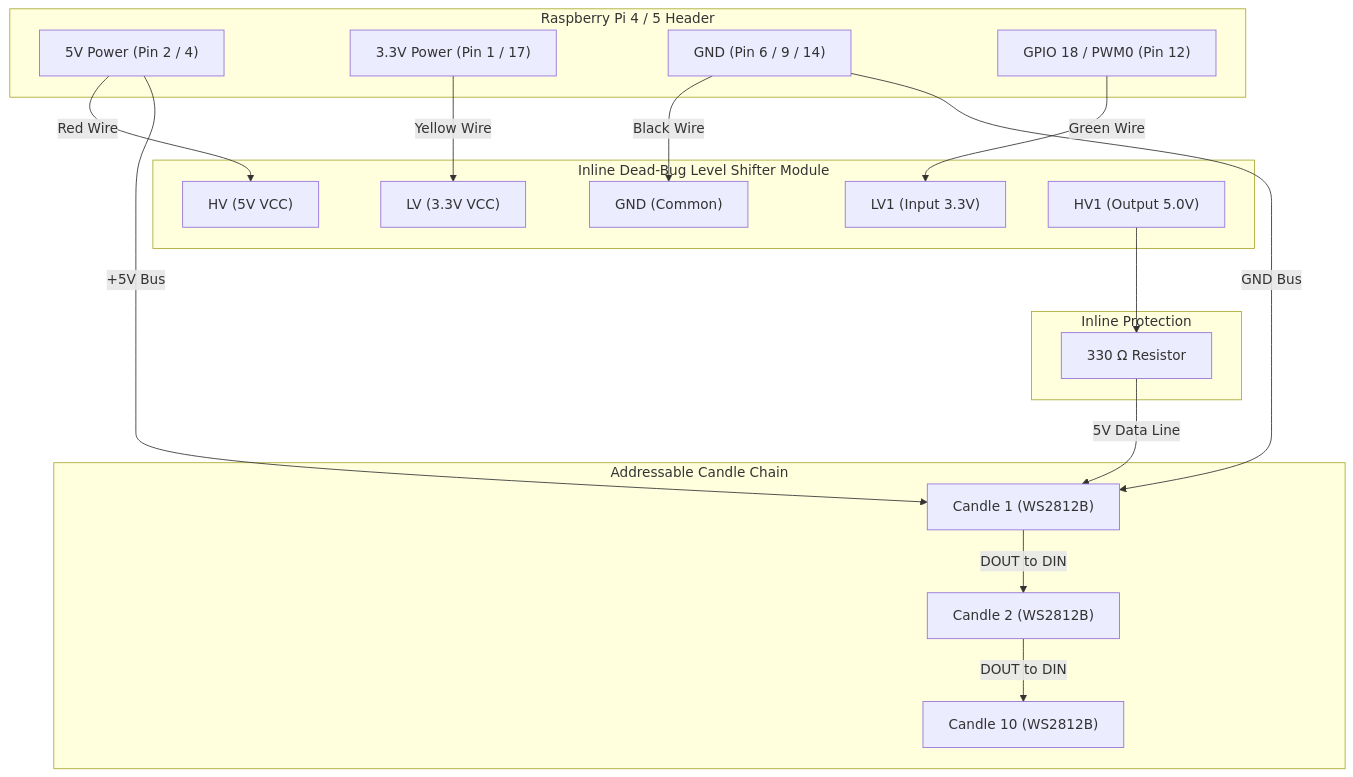
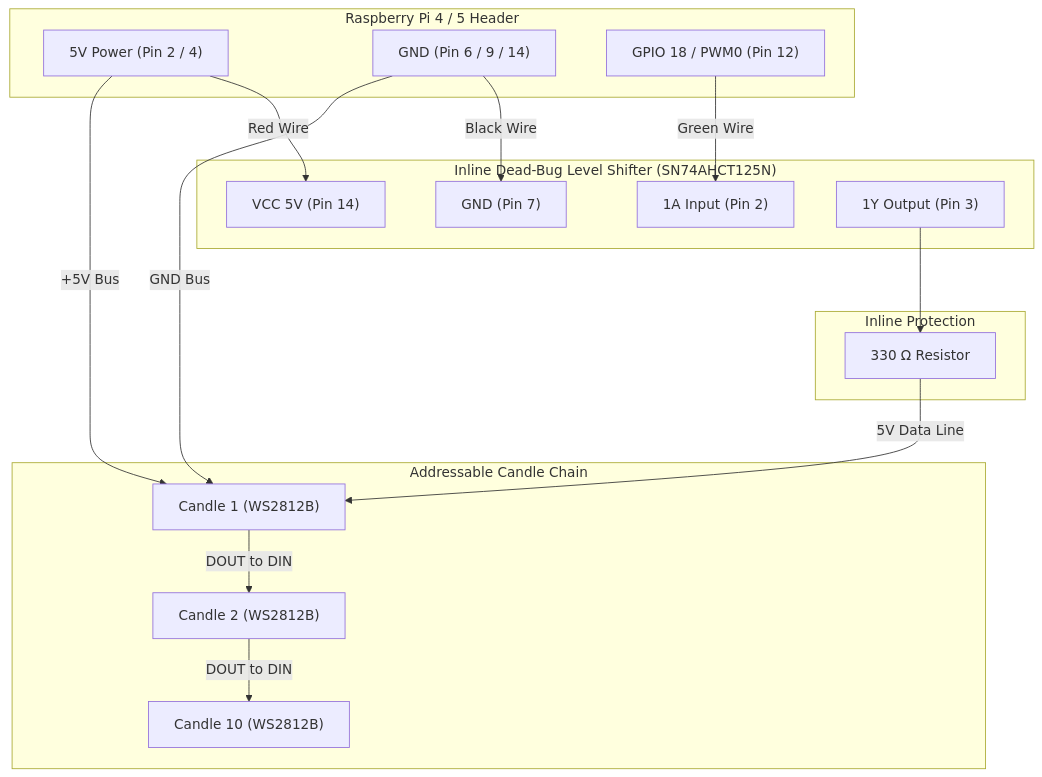
The diagram in CANDLE_WIRING.md (grimbelch/servoskull), drawn with Mermaid before and after one commit. The commit also changed other lines of this file, not shown here.

Commit message:
docs: clarify removal of 3.3V yellow wire for SN74AHCT125N dead bug setup

````diff
--- a/CANDLE_WIRING.md
+++ b/CANDLE_WIRING.md
@@ -103,41 +103,38 @@
 ```mermaid
 graph TD
     subgraph Pi ["Raspberry Pi 4 / 5 Header"]
         P5V["5V Power (Pin 2 / 4)"]
-        P3V3["3.3V Power (Pin 1 / 17)"]
         PGND["GND (Pin 6 / 9 / 14)"]
         GPIO18["GPIO 18 / PWM0 (Pin 12)"]
     end
 
-    subgraph DeadBug ["Inline Dead-Bug Level Shifter Module"]
-        HV["HV (5V VCC)"]
-        LV["LV (3.3V VCC)"]
-        GND_S["GND (Common)"]
-        LV1["LV1 (Input 3.3V)"]
-        HV1["HV1 (Output 5.0V)"]
+    subgraph DeadBug ["Inline Dead-Bug Level Shifter (SN74AHCT125N)"]
+        HV["VCC 5V (Pin 14)"]
+        GND_S["GND (Pin 7)"]
+        LV1["1A Input (Pin 2)"]
+        HV1["1Y Output (Pin 3)"]
     end
 
     subgraph Protection ["Inline Protection"]
         R330["330 Ω Resistor"]
     end
 
     subgraph Candles ["Addressable Candle Chain"]
         C1["Candle 1 (WS2812B)"]
         C2["Candle 2 (WS2812B)"]
         C10["Candle 10 (WS2812B)"]
     end
 
     P5V -->|Red Wire| HV
-    P3V3 -->|Yellow Wire| LV
     PGND -->|Black Wire| GND_S
     GPIO18 -->|Green Wire| LV1
 
     HV1 --> R330
     R330 -->|5V Data Line| C1
 
     P5V -->|+5V Bus| C1
     PGND -->|GND Bus| C1
 
     C1 -->|DOUT to DIN| C2
     C2 -->|DOUT to DIN| C10
 ```
````
